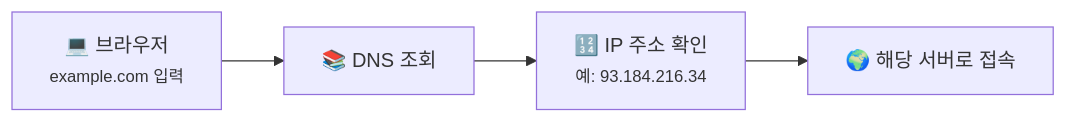
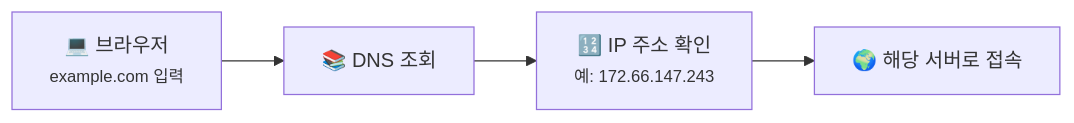
One commit to kmj8843/blog changed the first of 3 diagrams in docs/Network/04-dns.md. Above: the diagram before and after it, drawn with Mermaid. The commit also changed other lines of this file, not shown here.

````diff
--- a/docs/Network/04-dns.md
+++ b/docs/Network/04-dns.md
@@ -43,6 +43,6 @@
 ```mermaid
 flowchart LR
     A[💻 브라우저<br/><small>example.com 입력</small>] --> B[📚 DNS 조회]
-    B --> C[🔢 IP 주소 확인<br/><small>예: 93.184.216.34</small>]
+    B --> C[🔢 IP 주소 확인<br/><small>예: 172.66.147.243</small>]
     C --> D[🌍 해당 서버로 접속]
 ```
````
